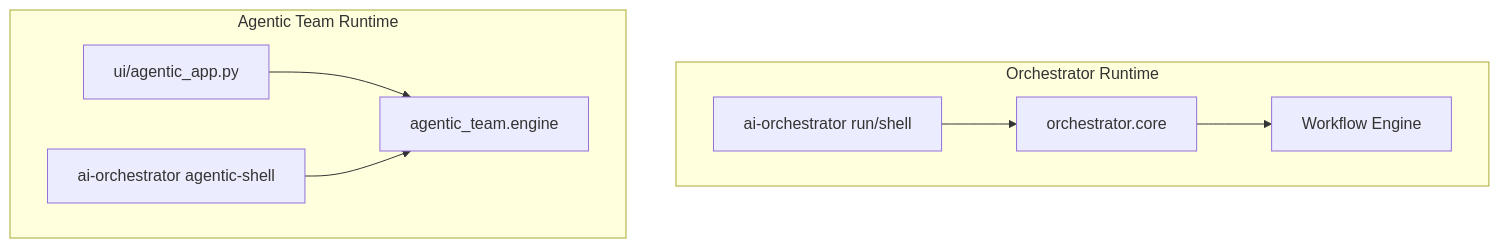
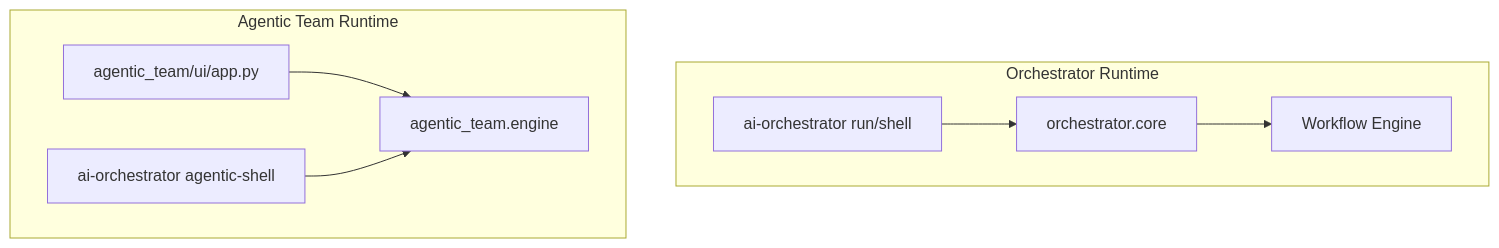
The second of 20 diagrams in ARCHITECTURE.md (KhaiTrang1995/AI-Agents-Orchestrator), drawn with Mermaid before and after one commit. The commit also changed other lines of this file and 261 other files, not shown here.

First line of the commit message:
Major project restructure: separate agentic team from orchestrator

````diff
--- a/ARCHITECTURE.md
+++ b/ARCHITECTURE.md
@@ -127,18 +127,18 @@
 ```mermaid
 flowchart TB
     subgraph Orchestrator Runtime
         OCLI[ai-orchestrator run/shell]
         OCORE[orchestrator.core]
         OWF[Workflow Engine]
     end
 
     subgraph Agentic Team Runtime
-        AUI[ui/agentic_app.py]
+        AUI[agentic_team/ui/app.py]
         ASHELL[ai-orchestrator agentic-shell]
         AENGINE[agentic_team.engine]
     end
 
     OCLI --> OCORE --> OWF
     AUI --> AENGINE
     ASHELL --> AENGINE
 ```
````
